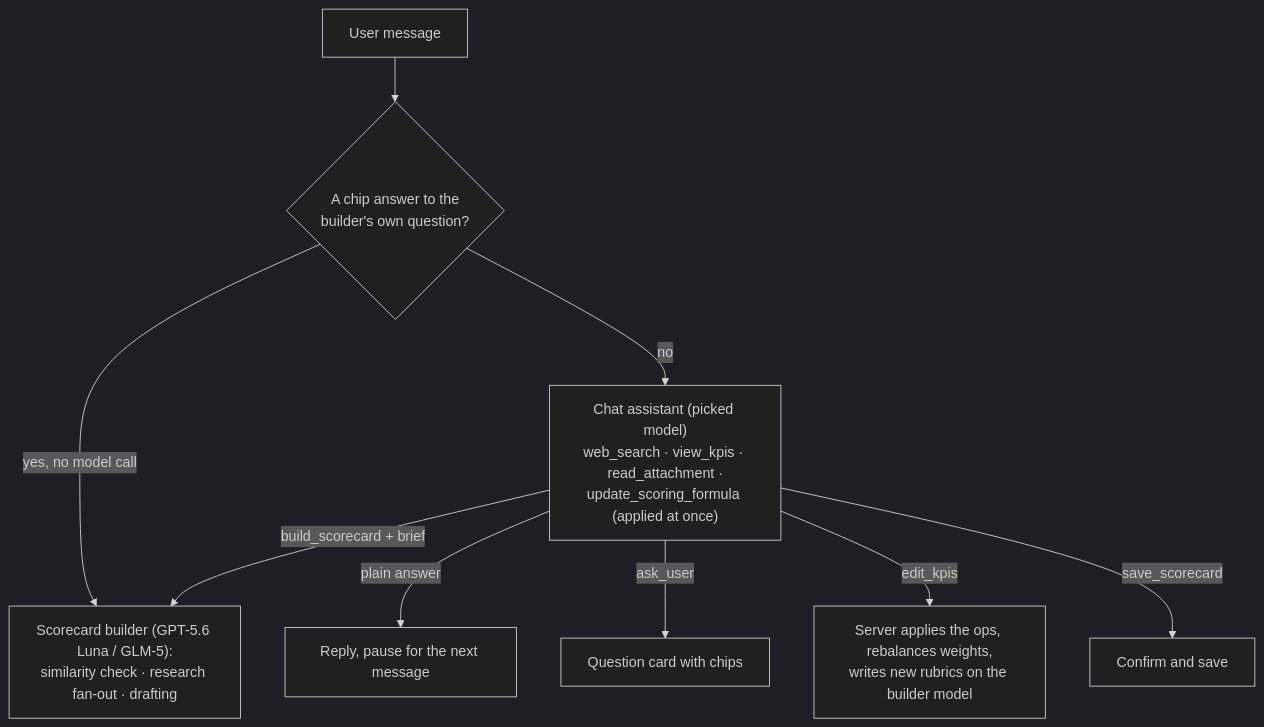
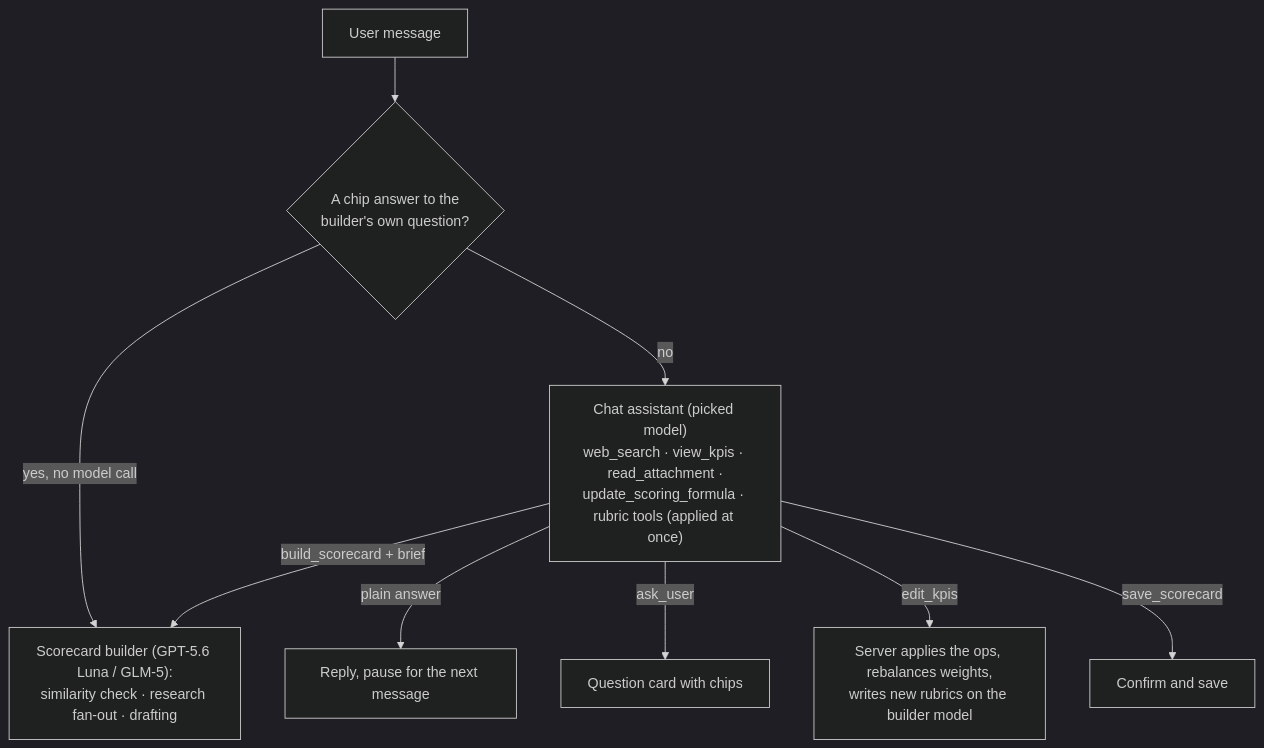
One commit to thearpankumar/ScoreSmith changed the first of 6 diagrams in docs/ai-features.md. Above: the diagram before and after it, drawn with Mermaid (dark theme). The commit also changed other lines of this file and 20 other files, not shown here.

````diff
--- a/docs/ai-features.md
+++ b/docs/ai-features.md
@@ -45,11 +46,11 @@
 ```mermaid
 flowchart TD
     Msg["User message"] --> Chip{"A chip answer to the<br/>builder's own question?"}
     Chip -->|yes, no model call| Builder
-    Chip -->|no| Agent["Chat assistant (picked model)<br/>web_search · view_kpis · read_attachment ·<br/>update_scoring_formula (applied at once)"]
+    Chip -->|no| Agent["Chat assistant (picked model)<br/>web_search · view_kpis · read_attachment ·<br/>update_scoring_formula · rubric tools (applied at once)"]
     Agent -->|plain answer| Reply["Reply, pause for the next message"]
     Agent -->|ask_user| Card["Question card with chips"]
     Agent -->|edit_kpis| Edit["Server applies the ops, rebalances weights,<br/>writes new rubrics on the builder model"]
     Agent -->|save_scorecard| Save["Confirm and save"]
     Agent -->|build_scorecard + brief| Builder["Scorecard builder (GPT-5.6 Luna / GLM-5):<br/>similarity check · research fan-out · drafting"]
 ```
````
